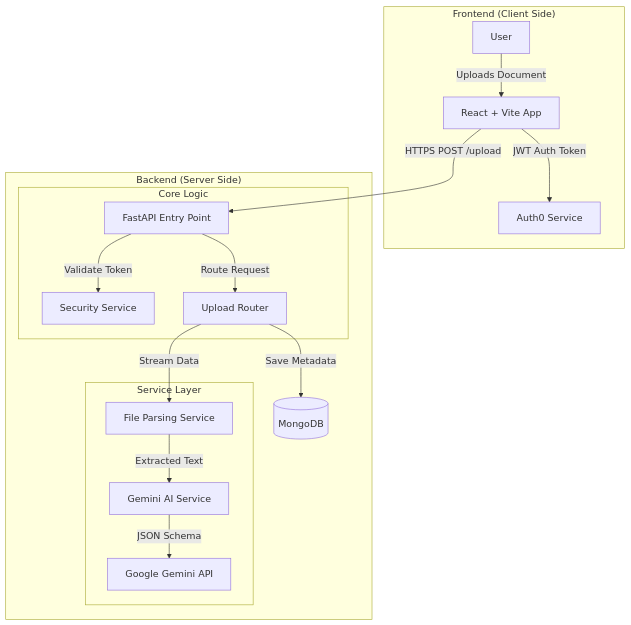
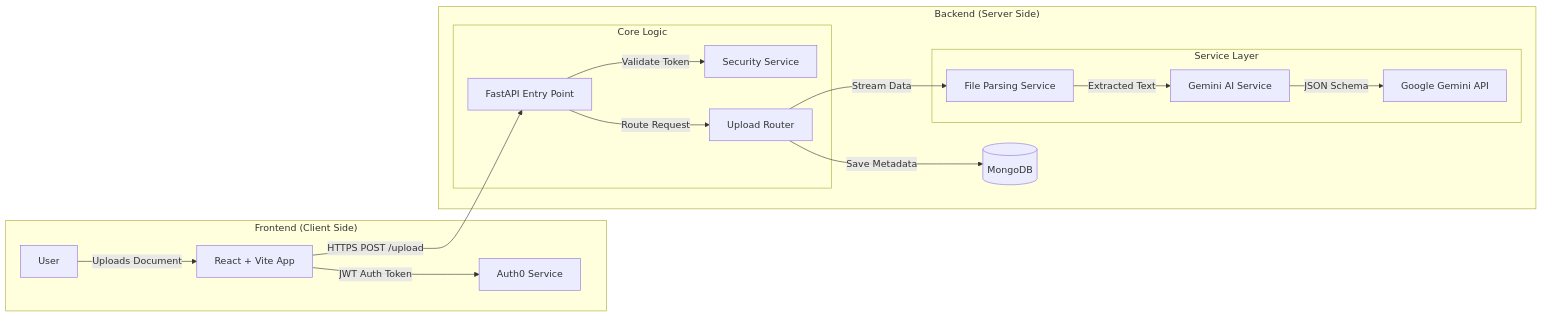
One commit to ashram15/synopspy changed the diagram in README.md. Above: the diagram before and after it, drawn with Mermaid.

Commit message:
changed readme diagram to LR

````diff
--- a/README.md
+++ b/README.md
@@ -22,24 +22,24 @@
 ```mermaid
-graph TD
+graph LR
     subgraph Client ["Frontend (Client Side)"]
         User[User] -->|Uploads Document| UI[React + Vite App]
         UI -->|JWT Auth Token| Auth0[Auth0 Service]
     end
 
     subgraph Server ["Backend (Server Side)"]
         UI -->|HTTPS POST /upload| API[FastAPI Entry Point]
         
         subgraph Core ["Core Logic"]
             API -->|Validate Token| Sec[Security Service]
             API -->|Route Request| Router[Upload Router]
         end
 
         subgraph Services ["Service Layer"]
             Router -->|Stream Data| FileSvc[File Parsing Service]
             FileSvc -->|Extracted Text| AISvc[Gemini AI Service]
             AISvc -->|JSON Schema| LLM[Google Gemini API]
         end
         
         Router -->|Save Metadata| DB[(MongoDB)]
     end
 ```
````
